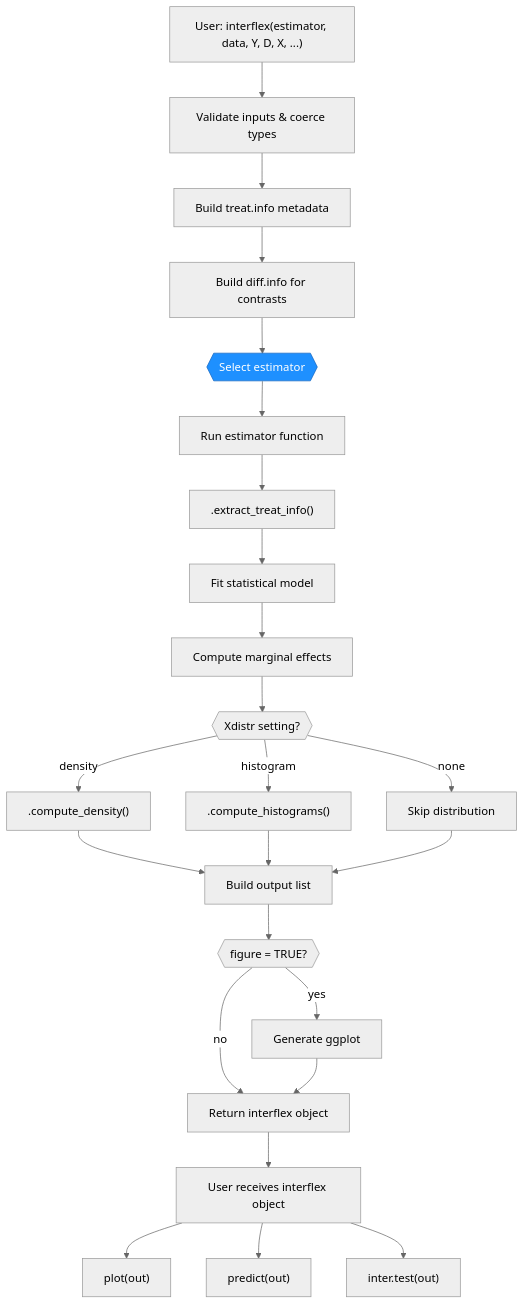
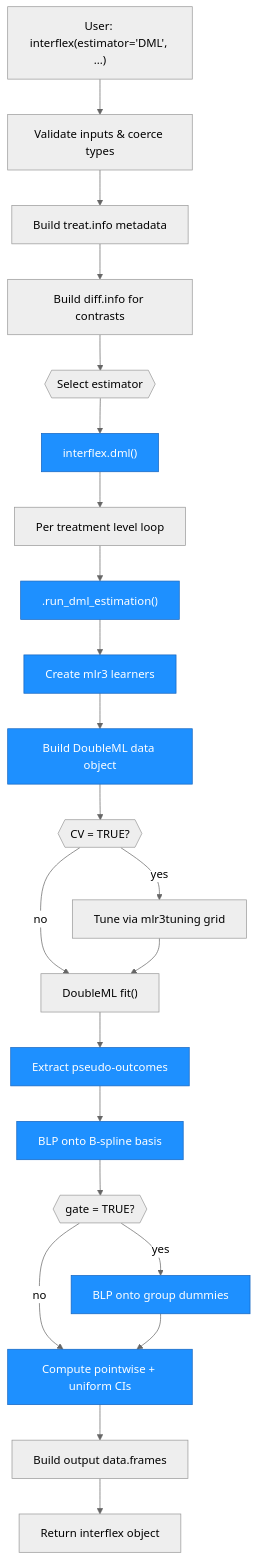
Before and after one commit to xuyiqing/interflex: the fourth of 4 diagrams in architecture.md, drawn with Mermaid. The commit also changed other lines of this file and 6 other files, not shown here.

First line of the commit message:
feat: migrate DML estimator from Python/reticulate to pure R DoubleML

````diff
--- a/architecture.md
+++ b/architecture.md
@@ -243,32 +248,36 @@
 ```mermaid
 %%{init: {'theme': 'neutral'}}%%
 graph TD
-    INPUT["User: interflex(estimator, data, Y, D, X, ...)"]
+    INPUT["User: interflex(estimator='DML', ...)"]
     INPUT --> VALIDATE["Validate inputs & coerce types"]
     VALIDATE --> TREAT["Build treat.info metadata"]
     TREAT --> DIFF["Build diff.info for contrasts"]
     DIFF --> ROUTE{{"Select estimator"}}
 
-    ROUTE --> EST["Run estimator function"]
-    EST --> ETI[".extract_treat_info()"]
-    ETI --> MODEL["Fit statistical model"]
-    MODEL --> ME["Compute marginal effects"]
-    ME --> XDISTR{{"Xdistr setting?"}}
-    XDISTR -- density --> DENS[".compute_density()"]
-    XDISTR -- histogram --> HIST[".compute_histograms()"]
-    XDISTR -- none --> SKIP["Skip distribution"]
-    DENS --> BUILDOUT["Build output list"]
-    HIST --> BUILDOUT
-    SKIP --> BUILDOUT
-    BUILDOUT --> FIGURE{{"figure = TRUE?"}}
-    FIGURE -- yes --> PLOTINT["Generate ggplot"]
-    FIGURE -- no --> RETURN["Return interflex object"]
-    PLOTINT --> RETURN
+    ROUTE --> DMLENTRY["interflex.dml()"]
+    DMLENTRY --> LOOP["Per treatment level loop"]
+    LOOP --> RDE[".run_dml_estimation()"]
+    RDE --> LEARNERS["Create mlr3 learners"]
+    LEARNERS --> DMLDATA["Build DoubleML data object"]
+    DMLDATA --> TUNE{{"CV = TRUE?"}}
+    TUNE -- yes --> TUNING["Tune via mlr3tuning grid"]
+    TUNE -- no --> FIT["DoubleML fit()"]
+    TUNING --> FIT
+    FIT --> PSI["Extract pseudo-outcomes"]
+    PSI --> CATE["BLP onto B-spline basis"]
+    CATE --> GATE{{"gate = TRUE?"}}
+    GATE -- yes --> GATECALC["BLP onto group dummies"]
+    GATE -- no --> CI["Compute pointwise + uniform CIs"]
+    GATECALC --> CI
+    CI --> BUILDOUT["Build output data.frames"]
+    BUILDOUT --> RETURN["Return interflex object"]
 
-    RETURN --> USER["User receives interflex object"]
-    USER --> SPLOT["plot(out)"]
-    USER --> SPRED["predict(out)"]
-    USER --> STEST["inter.test(out)"]
-
-    style ROUTE fill:#1e90ff,stroke:#1565c0,color:#fff
+    style DMLENTRY fill:#1e90ff,stroke:#1565c0,color:#fff
+    style RDE fill:#1e90ff,stroke:#1565c0,color:#fff
+    style LEARNERS fill:#1e90ff,stroke:#1565c0,color:#fff
+    style DMLDATA fill:#1e90ff,stroke:#1565c0,color:#fff
+    style PSI fill:#1e90ff,stroke:#1565c0,color:#fff
+    style CATE fill:#1e90ff,stroke:#1565c0,color:#fff
+    style GATECALC fill:#1e90ff,stroke:#1565c0,color:#fff
+    style CI fill:#1e90ff,stroke:#1565c0,color:#fff
 ```
````
